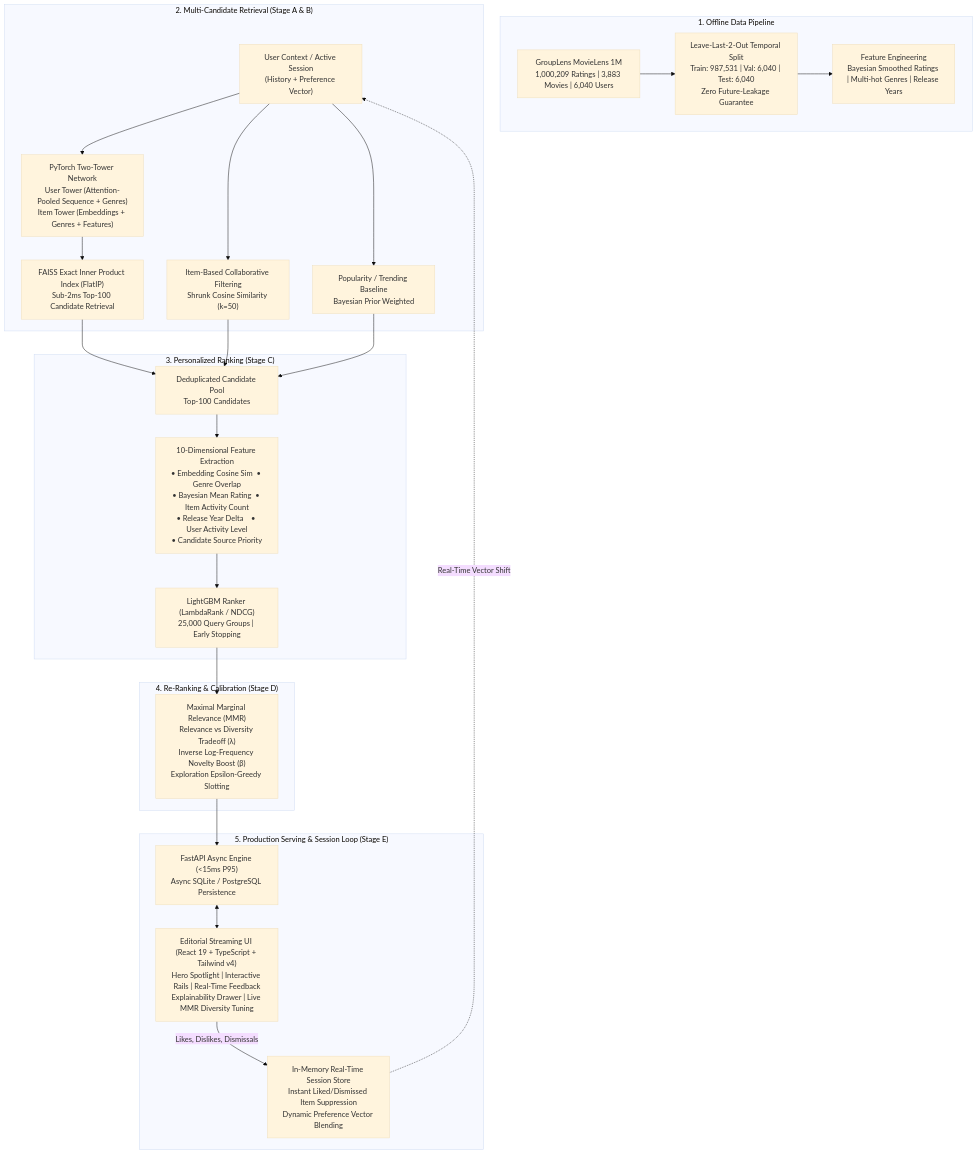
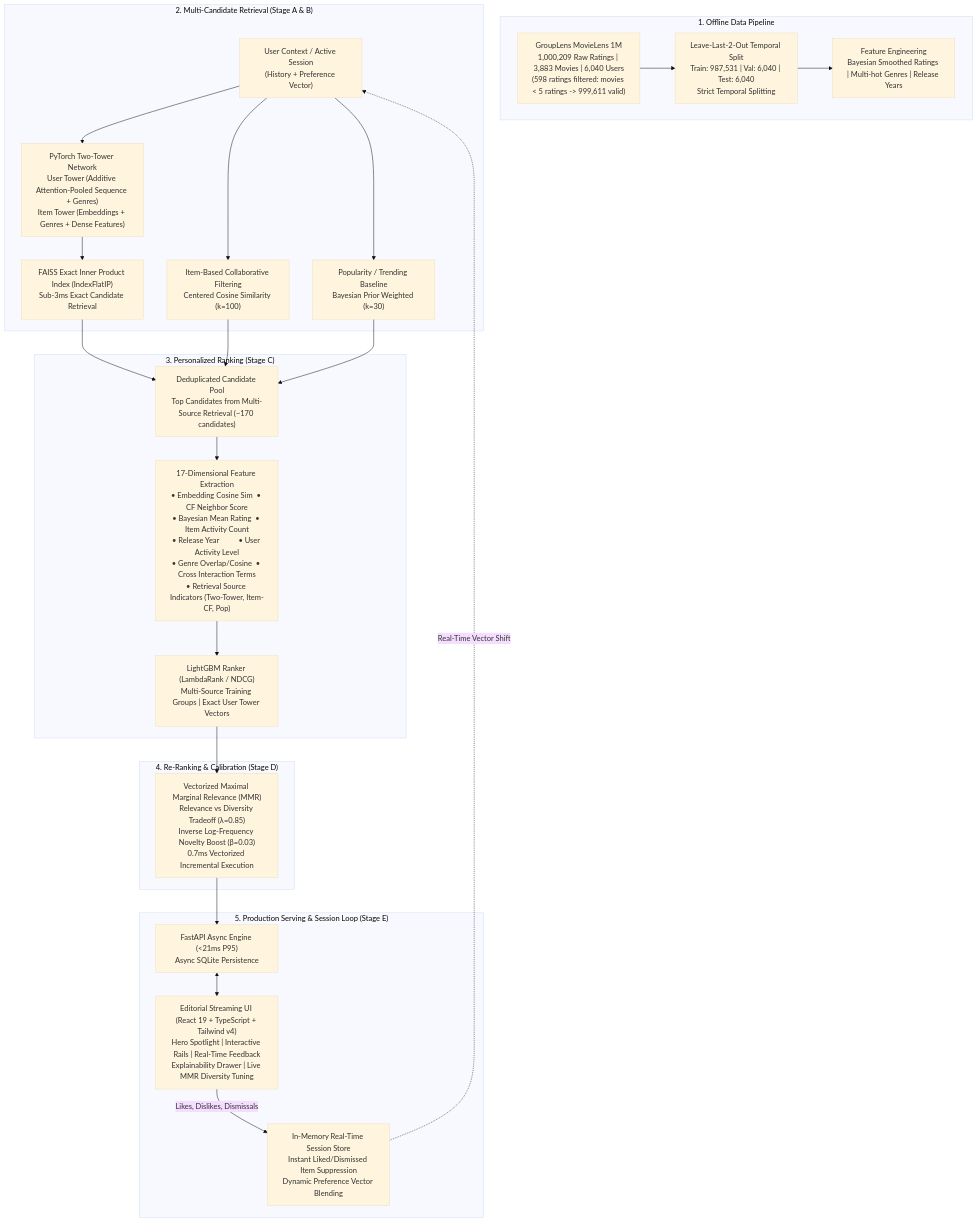
One commit to AhireRohit/CinePulse changed the diagram in README.md. Above: the diagram before and after it, drawn with Mermaid (base theme). The commit also changed other lines of this file and 71 other files, not shown here.

````diff
--- a/README.md
+++ b/README.md
@@ -19,48 +22,48 @@
 ```mermaid
 flowchart TD
     subgraph Data_Pipeline["1. Offline Data Pipeline"]
-        ML1M["GroupLens MovieLens 1M\n1,000,209 Ratings | 3,883 Movies | 6,040 Users"]
-        Split["Leave-Last-2-Out Temporal Split\nTrain: 987,531 | Val: 6,040 | Test: 6,040\nZero Future-Leakage Guarantee"]
+        ML1M["GroupLens MovieLens 1M\n1,000,209 Raw Ratings | 3,883 Movies | 6,040 Users\n(598 ratings filtered: movies < 5 ratings -> 999,611 valid)"]
+        Split["Leave-Last-2-Out Temporal Split\nTrain: 987,531 | Val: 6,040 | Test: 6,040\nStrict Temporal Splitting"]
         Features["Feature Engineering\nBayesian Smoothed Ratings | Multi-hot Genres | Release Years"]
         ML1M --> Split --> Features
     end
 
     subgraph Retrieval_Stage["2. Multi-Candidate Retrieval (Stage A & B)"]
         User["User Context / Active Session\n(History + Preference Vector)"]
-        TwoTower["PyTorch Two-Tower Network\nUser Tower (Attention-Pooled Sequence + Genres)\nItem Tower (Embeddings + Genres + Features)"]
-        FaissANN["FAISS Exact Inner Product Index (FlatIP)\nSub-2ms Top-100 Candidate Retrieval"]
-        ItemCF["Item-Based Collaborative Filtering\nShrunk Cosine Similarity (k=50)"]
-        Pop["Popularity / Trending Baseline\nBayesian Prior Weighted"]
+        TwoTower["PyTorch Two-Tower Network\nUser Tower (Additive Attention-Pooled Sequence + Genres)\nItem Tower (Embeddings + Genres + Dense Features)"]
+        FaissExact["FAISS Exact Inner Product Index (IndexFlatIP)\nSub-3ms Exact Candidate Retrieval"]
+        ItemCF["Item-Based Collaborative Filtering\nCentered Cosine Similarity (k=100)"]
+        Pop["Popularity / Trending Baseline\nBayesian Prior Weighted (k=30)"]
         
-        User --> TwoTower --> FaissANN
+        User --> TwoTower --> FaissExact
         User --> ItemCF
         User --> Pop
     end
 
     subgraph Ranking_Stage["3. Personalized Ranking (Stage C)"]
-        Candidates["Deduplicated Candidate Pool\nTop-100 Candidates"]
-        RankFeatures["10-Dimensional Feature Extraction\n• Embedding Cosine Sim  • Genre Overlap\n• Bayesian Mean Rating  • Item Activity Count\n• Release Year Delta    • User Activity Level\n• Candidate Source Priority"]
-        LGBM["LightGBM Ranker (LambdaRank / NDCG)\n25,000 Query Groups | Early Stopping"]
+        Candidates["Deduplicated Candidate Pool\nTop Candidates from Multi-Source Retrieval (~170 candidates)"]
+        RankFeatures["17-Dimensional Feature Extraction\n• Embedding Cosine Sim  • CF Neighbor Score\n• Bayesian Mean Rating  • Item Activity Count\n• Release Year          • User Activity Level\n• Genre Overlap/Cosine  • Cross Interaction Terms\n• Retrieval Source Indicators (Two-Tower, Item-CF, Pop)"]
+        LGBM["LightGBM Ranker (LambdaRank / NDCG)\nMulti-Source Training Groups | Exact User Tower Vectors"]
         
-        FaissANN --> Candidates
+        FaissExact --> Candidates
         ItemCF --> Candidates
         Pop --> Candidates
         Candidates --> RankFeatures --> LGBM
     end
 
     subgraph Reranking_Stage["4. Re-Ranking & Calibration (Stage D)"]
-        MMR["Maximal Marginal Relevance (MMR)\nRelevance vs Diversity Tradeoff (λ)\nInverse Log-Frequency Novelty Boost (β)\nExploration Epsilon-Greedy Slotting"]
+        MMR["Vectorized Maximal Marginal Relevance (MMR)\nRelevance vs Diversity Tradeoff (λ=0.85)\nInverse Log-Frequency Novelty Boost (β=0.03)\n0.7ms Vectorized Incremental Execution"]
         LGBM --> MMR
     end
 
     subgraph Serving_Layer["5. Production Serving & Session Loop (Stage E)"]
-        FastAPI["FastAPI Async Engine (<15ms P95)\nAsync SQLite / PostgreSQL Persistence"]
+        FastAPI["FastAPI Async Engine (<21ms P95)\nAsync SQLite Persistence"]
         SessionStore["In-Memory Real-Time Session Store\nInstant Liked/Dismissed Item Suppression\nDynamic Preference Vector Blending"]
         ReactUI["Editorial Streaming UI (React 19 + TypeScript + Tailwind v4)\nHero Spotlight | Interactive Rails | Real-Time Feedback\nExplainability Drawer | Live MMR Diversity Tuning"]
         
         MMR --> FastAPI
         FastAPI <--> ReactUI
         ReactUI -- "Likes, Dislikes, Dismissals" --> SessionStore
         SessionStore -. "Real-Time Vector Shift" .-> User
     end
 ```
````
